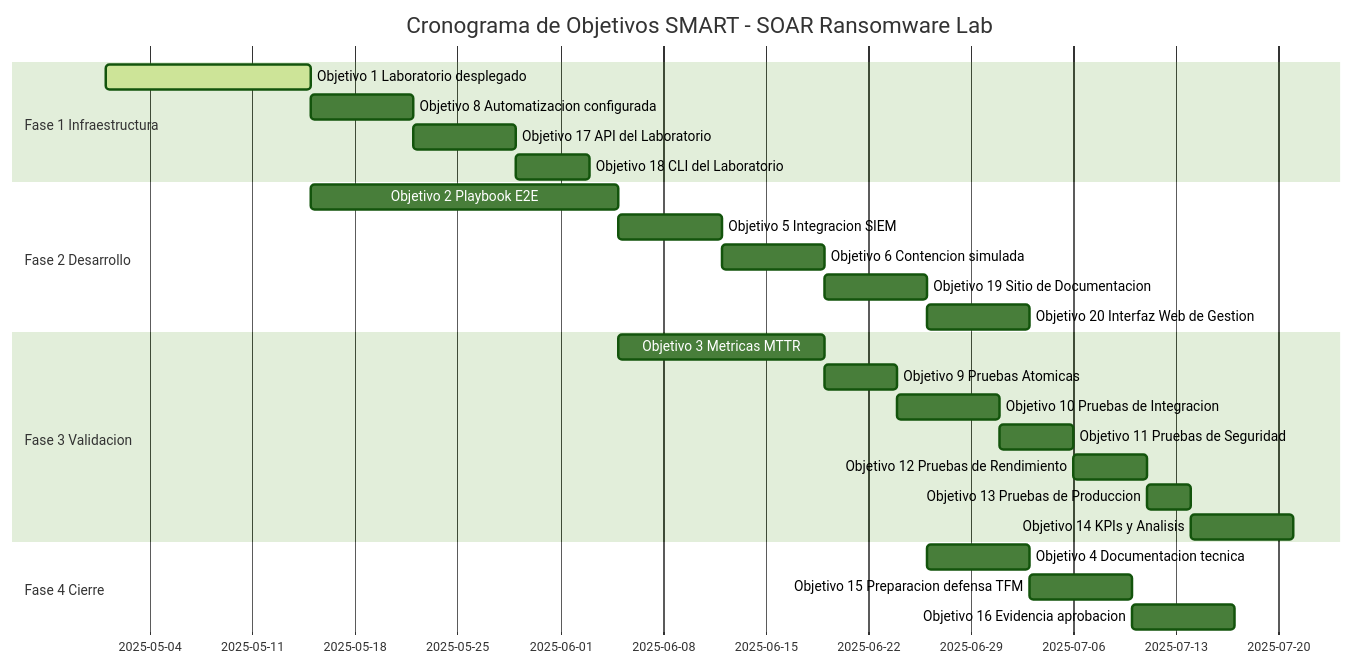
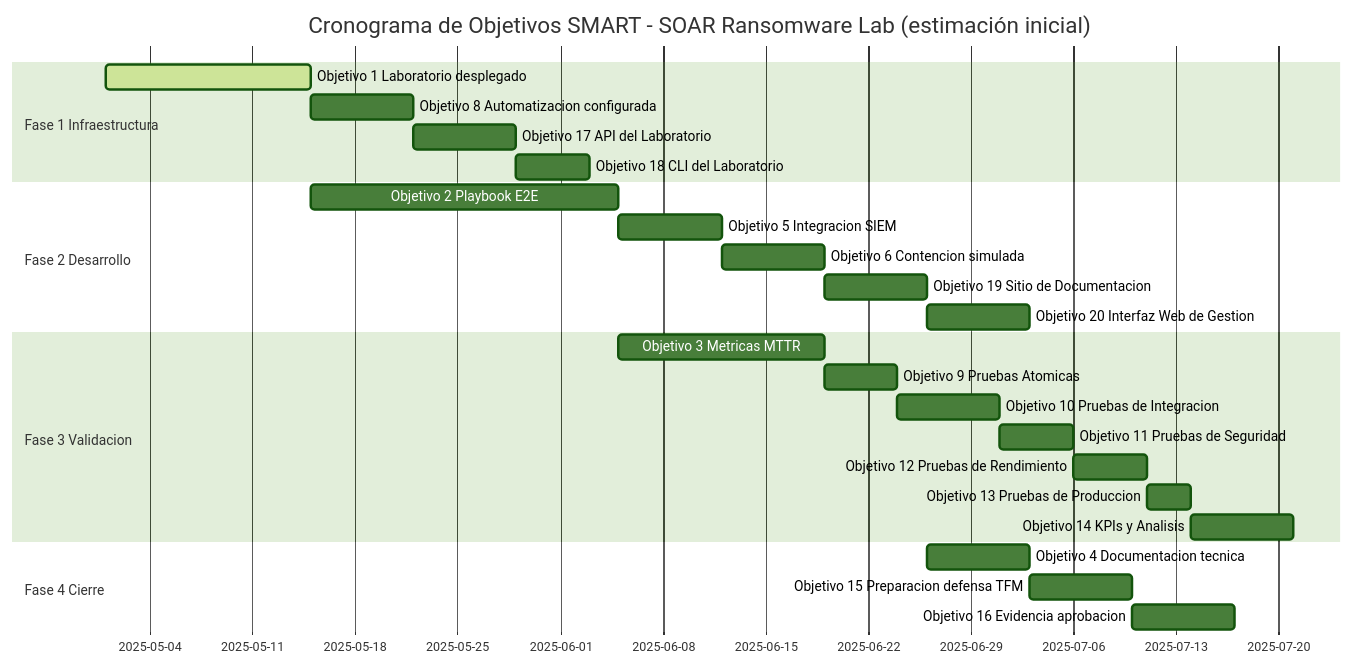
Before and after one commit to alesanfe/soar-ransomware-lab: the first of 8 diagrams in docs/06-project-management.md, drawn with Mermaid (forest theme). The commit also changed other lines of this file and 20 other files, not shown here.

````diff
--- a/docs/06-project-management.md
+++ b/docs/06-project-management.md
@@ -202,28 +198,28 @@
 ```mermaid
 gantt
- title Cronograma de Objetivos SMART - SOAR Ransomware Lab
+ title Cronograma de Objetivos SMART - SOAR Ransomware Lab (estimación inicial)
  dateFormat YYYY-MM-DD
  section Fase 1 Infraestructura
  Objetivo 1 Laboratorio desplegado :active, obj1, 2025-05-01, 14d
  Objetivo 8 Automatizacion configurada :obj8, after obj1, 7d
  Objetivo 17 API del Laboratorio :obj17, after obj8, 7d
  Objetivo 18 CLI del Laboratorio :obj18, after obj17, 5d
  section Fase 2 Desarrollo
  Objetivo 2 Playbook E2E :obj2, 2025-05-15, 21d
  Objetivo 5 Integracion SIEM :obj5, after obj2, 7d
  Objetivo 6 Contencion simulada :obj6, after obj5, 7d
  Objetivo 19 Sitio de Documentacion :obj19, after obj6, 7d
  Objetivo 20 Interfaz Web de Gestion :obj20, after obj19, 7d
  section Fase 3 Validacion
  Objetivo 3 Metricas MTTR :obj3, 2025-06-05, 14d
  Objetivo 9 Pruebas Atomicas :obj9, after obj3, 5d
  Objetivo 10 Pruebas de Integracion :obj10, after obj9, 7d
  Objetivo 11 Pruebas de Seguridad :obj11, after obj10, 5d
  Objetivo 12 Pruebas de Rendimiento :obj12, after obj11, 5d
  Objetivo 13 Pruebas de Produccion :obj13, after obj12, 3d
  Objetivo 14 KPIs y Analisis :obj14, after obj13, 7d
  section Fase 4 Cierre
  Objetivo 4 Documentacion tecnica :obj4, 2025-06-26, 7d
  Objetivo 15 Preparacion defensa TFM :obj15, after obj4, 7d
  Objetivo 16 Evidencia aprobacion :obj16, after obj15, 7d
 ```
````
